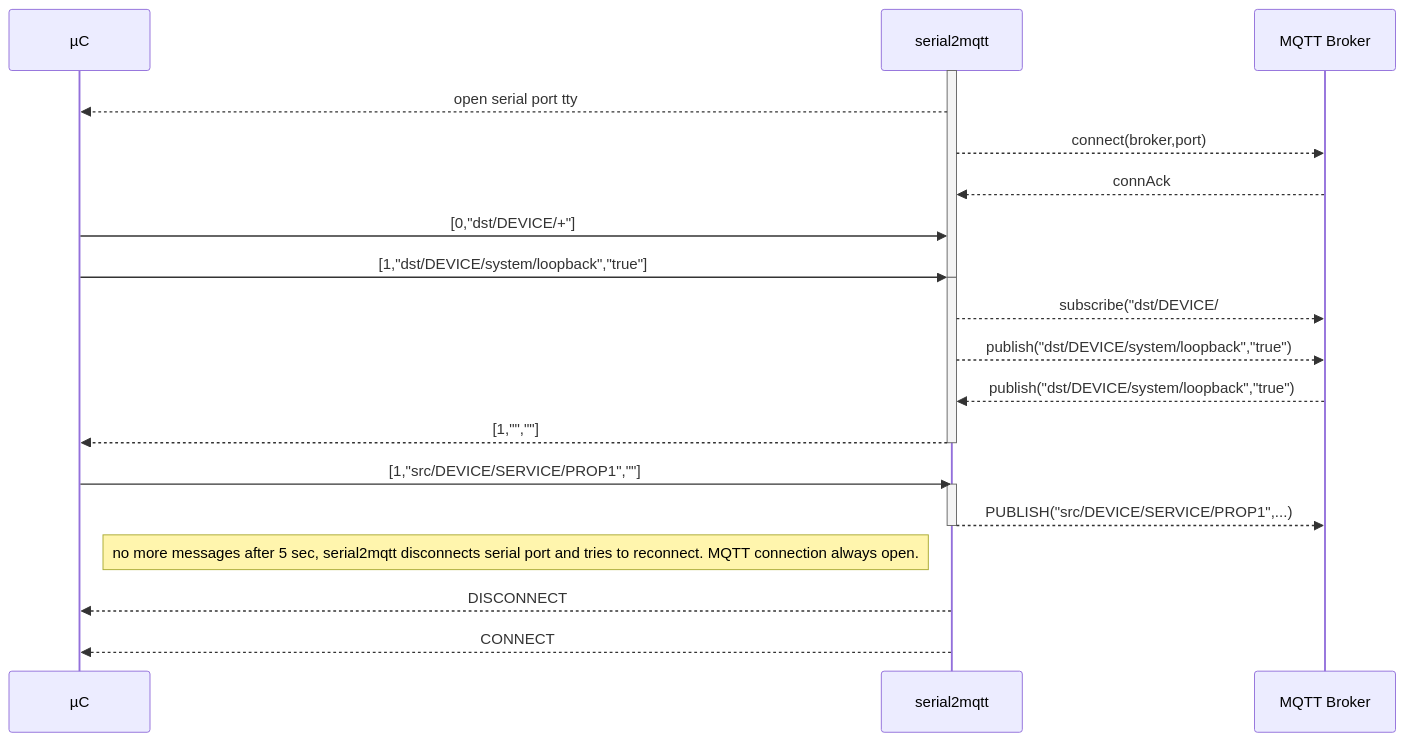
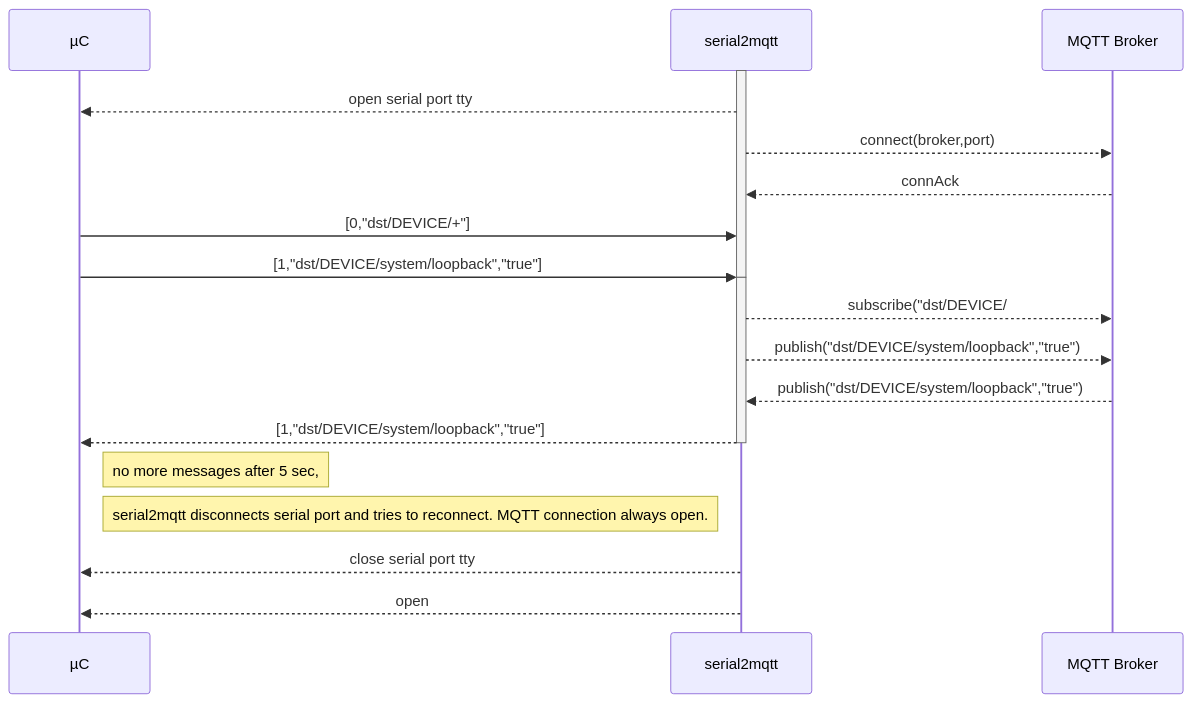
Before and after one commit to vortex314/serial2mqtt: the first of 2 diagrams in README.md, drawn with Mermaid. The commit also changed other lines of this file, not shown here.

Commit message:
README.md updated from https://stackedit.io/

````diff
--- a/README.md
+++ b/README.md
@@ -63,30 +63,26 @@
 ```mermaid
 sequenceDiagram
 participant µC
 participant serial2mqtt
 participant MQTT Broker
 
 activate serial2mqtt
 serial2mqtt-->>µC: open serial port tty
 serial2mqtt-->>MQTT Broker: connect(broker,port)
 MQTT Broker -->> serial2mqtt: connAck
 µC->> serial2mqtt: [0,"dst/DEVICE/+"]
 µC->> serial2mqtt : [1,"dst/DEVICE/system/loopback","true"]
 deactivate serial2mqtt
 
 activate serial2mqtt
 serial2mqtt-->>MQTT Broker: subscribe("dst/DEVICE/#")
 serial2mqtt-->>MQTT Broker: publish("dst/DEVICE/system/loopback","true")
 MQTT Broker-->>serial2mqtt: publish("dst/DEVICE/system/loopback","true")
-serial2mqtt-->>µC : [1,"",""]
+serial2mqtt-->>µC : [1,"dst/DEVICE/system/loopback","true"]
 deactivate serial2mqtt
-µC->> serial2mqtt: [1,"src/DEVICE/SERVICE/PROP1",""]
-activate serial2mqtt
 
-
-serial2mqtt-->>MQTT Broker:  PUBLISH("src/DEVICE/SERVICE/PROP1",...)
-deactivate serial2mqtt
-Note right of µC: no more messages after 5 sec, serial2mqtt disconnects serial port and tries to reconnect. MQTT connection always open.
-serial2mqtt-->>µC: DISCONNECT
-serial2mqtt-->>µC: CONNECT
+Note right of µC: no more messages after 5 sec, 
+Note right of µC: serial2mqtt disconnects serial port and tries to reconnect. MQTT connection always open.
+serial2mqtt-->>µC: close serial port tty
+serial2mqtt-->>µC: open 
 ```
````
